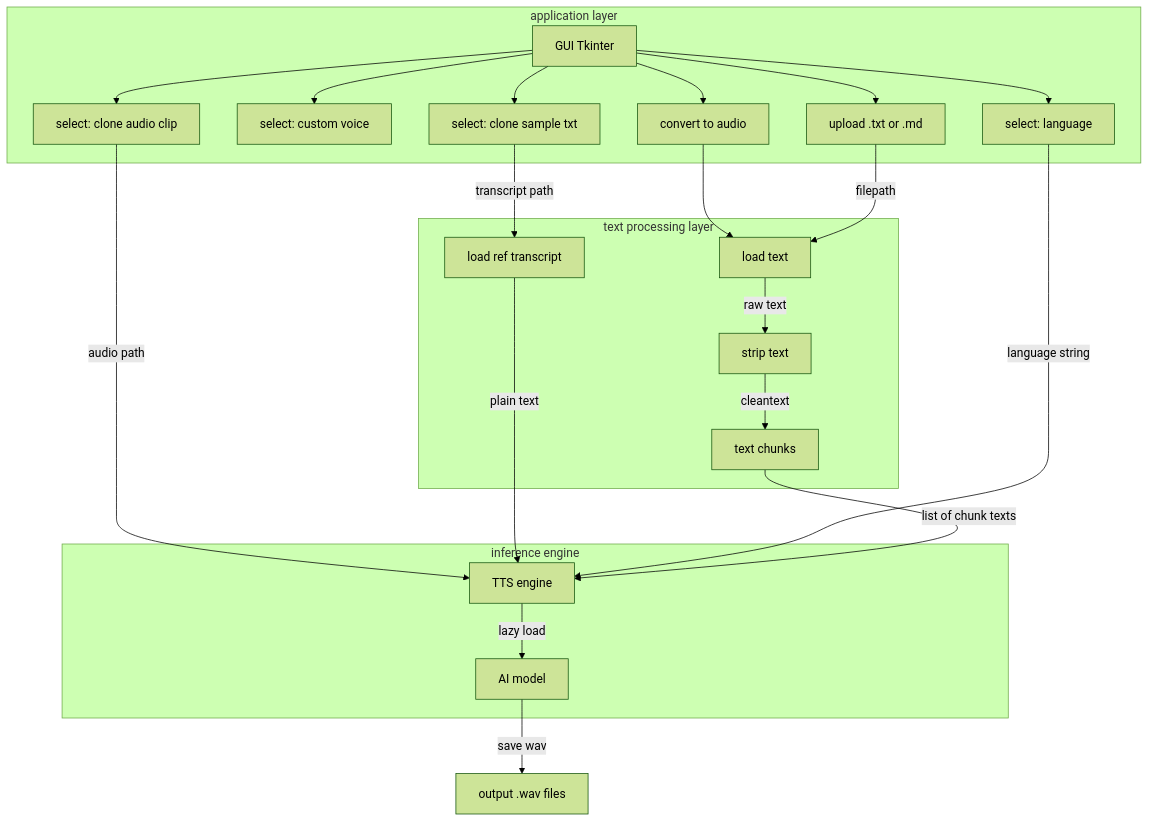
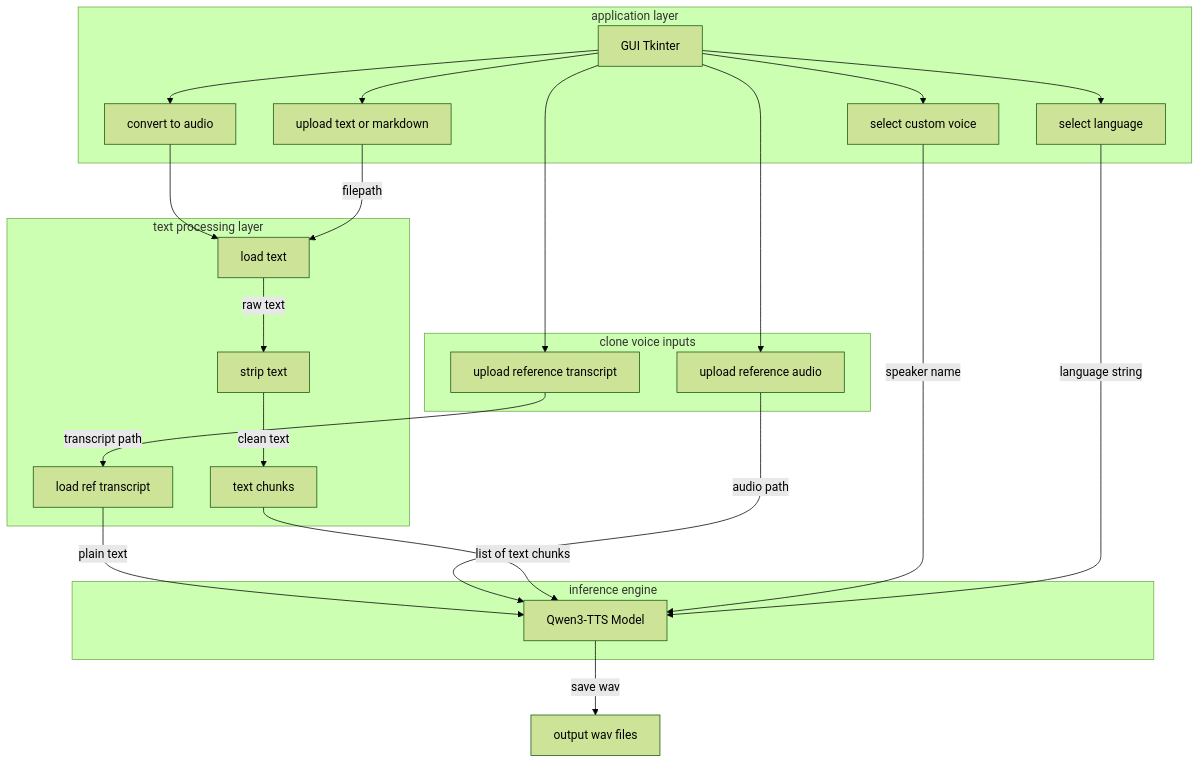
Before and after one commit to Aanandkrishnan01/text-to-speech: the first of 2 diagrams in architecture.md, drawn with Mermaid (forest theme). The commit also changed other lines of this file and 3 other files, not shown here.

Commit message:
updated the architecture

````diff
--- a/architecture.md
+++ b/architecture.md
@@ -2,52 +2,57 @@
 ```mermaid
 flowchart TD
 subgraph ui["application layer"]
     gui["GUI Tkinter"]
-    upload["upload .txt or .md"]
-    customvoice["select: custom voice"]
-    aupload["select: clone audio clip"]
-    txtfile["select: clone sample txt"]
-    lang["select: language"]
+    upload["upload text or markdown"]
+    customvoice["select custom voice"]
+    lang["select language"]
     convert["convert to audio"]
 end
 
+subgraph clonevoice["clone voice inputs"]
+    aupload["upload reference audio"]
+    txtfile["upload reference transcript"]
+end
+
 subgraph text["text processing layer"]
-    load["load text"]  
+    load["load text"]
     strip["strip text"]
     chunk["text chunks"]
     load_ref_txt["load ref transcript"]
 end
 
 subgraph engine["inference engine"]
-    ttsengine["TTS engine"]
-    aimodel["AI model"]
+    ttsengine["Qwen3-TTS Model"]
 end
 
-out["output .wav files"]
+out["output wav files"]
 
+%% Step 1: User fills in all GUI inputs
+gui --> upload
+gui --> customvoice
+gui --> aupload
+gui --> txtfile
+gui --> lang
 
+%% Step 2: User clicks Convert — triggers the pipeline
+gui --> convert
 
-gui-->upload
-gui-->customvoice
-gui-->aupload
-gui-->txtfile
-gui-->lang
-gui-->convert
+%% Step 3: Document text processing
+convert --> load
+upload -->|filepath| load
+load -->|raw text| strip
+strip -->|clean text| chunk
 
-convert-->load
-upload-->|filepath|load
-aupload-->|audio path|ttsengine
-txtfile-->|transcript path|load_ref_txt
-load_ref_txt-->|plain text|ttsengine
-lang-->|language string|ttsengine
+%% Step 4: Clone voice reference inputs processed in parallel
+txtfile -->|transcript path| load_ref_txt
+load_ref_txt -->|plain text| ttsengine
+aupload -->|audio path| ttsengine
 
-load-->|raw text|strip
-strip-->|cleantext|chunk
+%% Step 5: All processed inputs converge at the engine
+chunk -->|list of text chunks| ttsengine
+customvoice -->|speaker name| ttsengine
+lang -->|language string| ttsengine
 
-chunk-->|list of chunk texts|ttsengine
-ttsengine-->|lazy load|aimodel
-
-aimodel-->|save wav|out
-
-
+%% Step 6: Engine generates and saves output
+ttsengine -->|save wav| out
 ```
````
